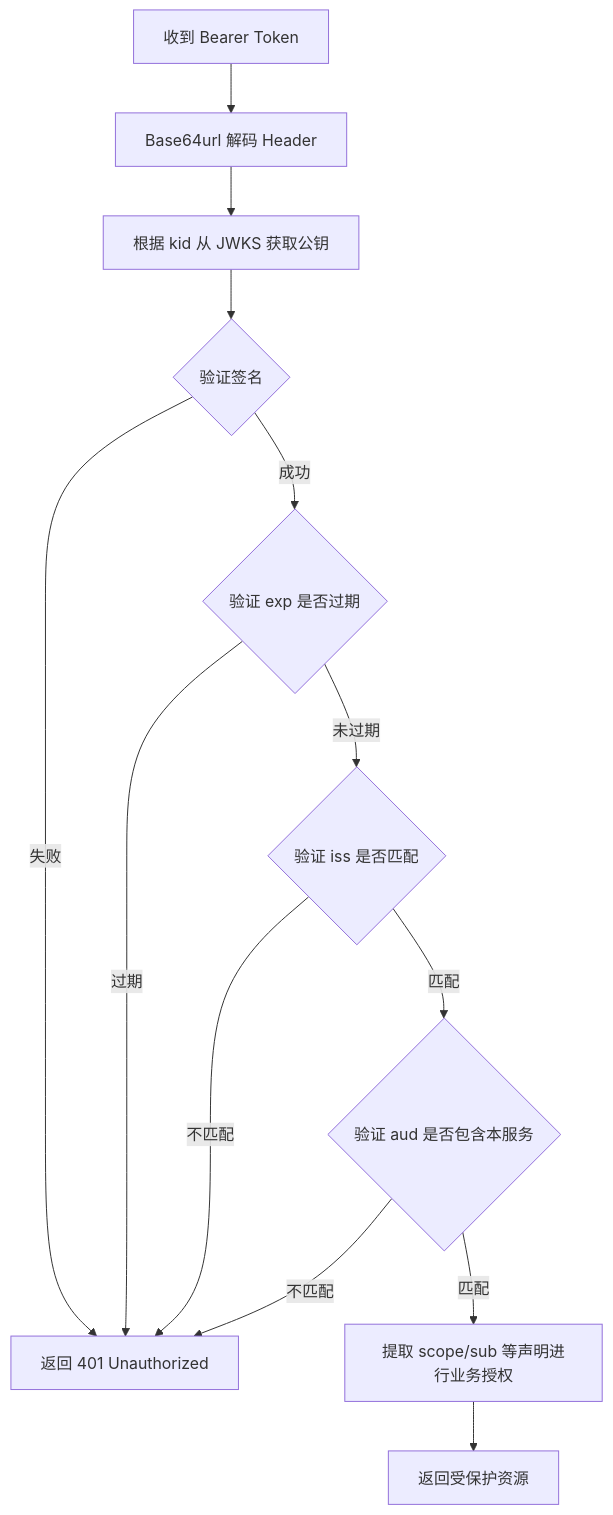
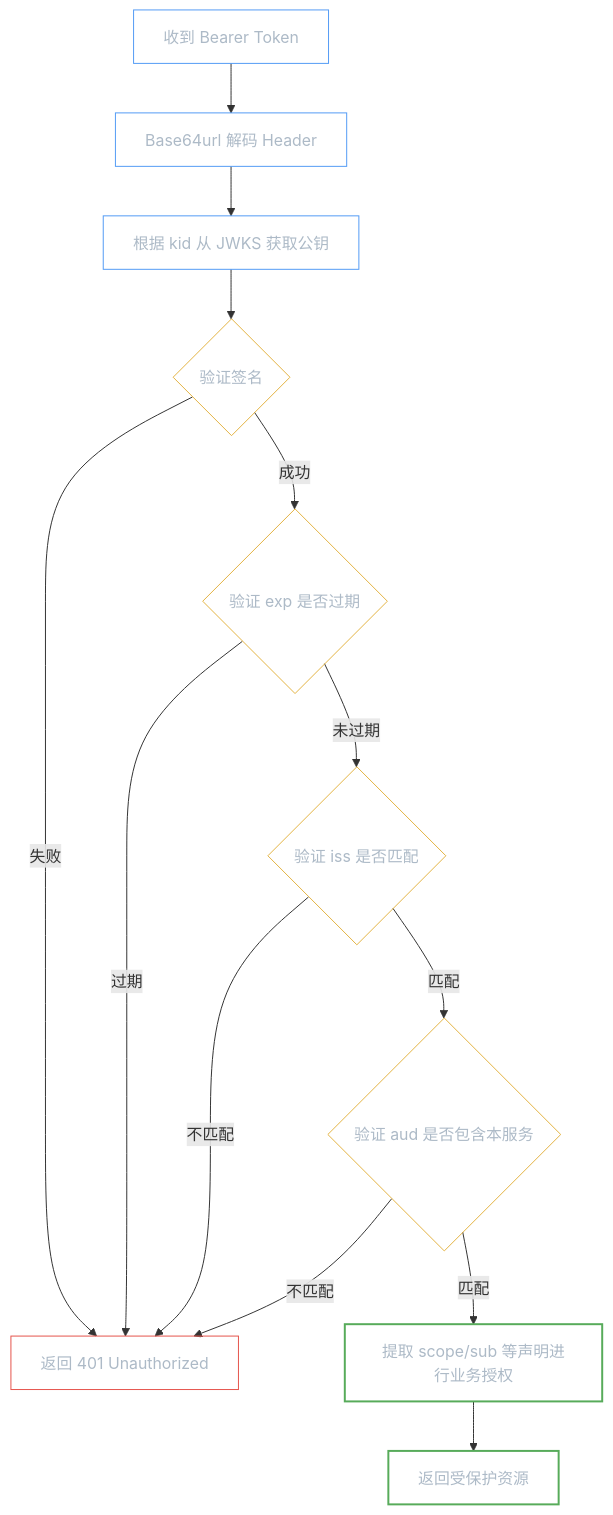
The diagram in docs/topic/oauth/jwt/index.md (luguosong/programming-notes), drawn with Mermaid before and after one commit. The commit also changed 8 other files, not shown here.

First line of the commit message:
style: Mermaid 浅/深色模式适配，更新 Docker/OAuth 文档，新增发音练习

````diff
--- a/docs/topic/oauth/jwt/index.md
+++ b/docs/topic/oauth/jwt/index.md
@@ -115,15 +115,23 @@
 ``` mermaid
 flowchart TD
     A[收到 Bearer Token] --> B[Base64url 解码 Header]
     B --> C[根据 kid 从 JWKS 获取公钥]
     C --> D{验证签名}
     D -->|失败| E[返回 401 Unauthorized]
     D -->|成功| F{验证 exp 是否过期}
     F -->|过期| E
     F -->|未过期| G{验证 iss 是否匹配}
     G -->|不匹配| E
     G -->|匹配| H{验证 aud 是否包含本服务}
     H -->|不匹配| E
     H -->|匹配| I[提取 scope/sub 等声明进行业务授权]
     I --> J[返回受保护资源]
+    classDef step fill:transparent,stroke:#539bf5,color:#adbac7,stroke-width:1px
+    classDef decision fill:transparent,stroke:#e3b341,color:#adbac7,stroke-width:1px
+    classDef error fill:transparent,stroke:#e5534b,color:#adbac7,stroke-width:1px
+    classDef success fill:transparent,stroke:#57ab5a,color:#adbac7,stroke-width:2px
+    class A,B,C step
+    class D,F,G,H decision
+    class E error
+    class I,J success
 ```
````
